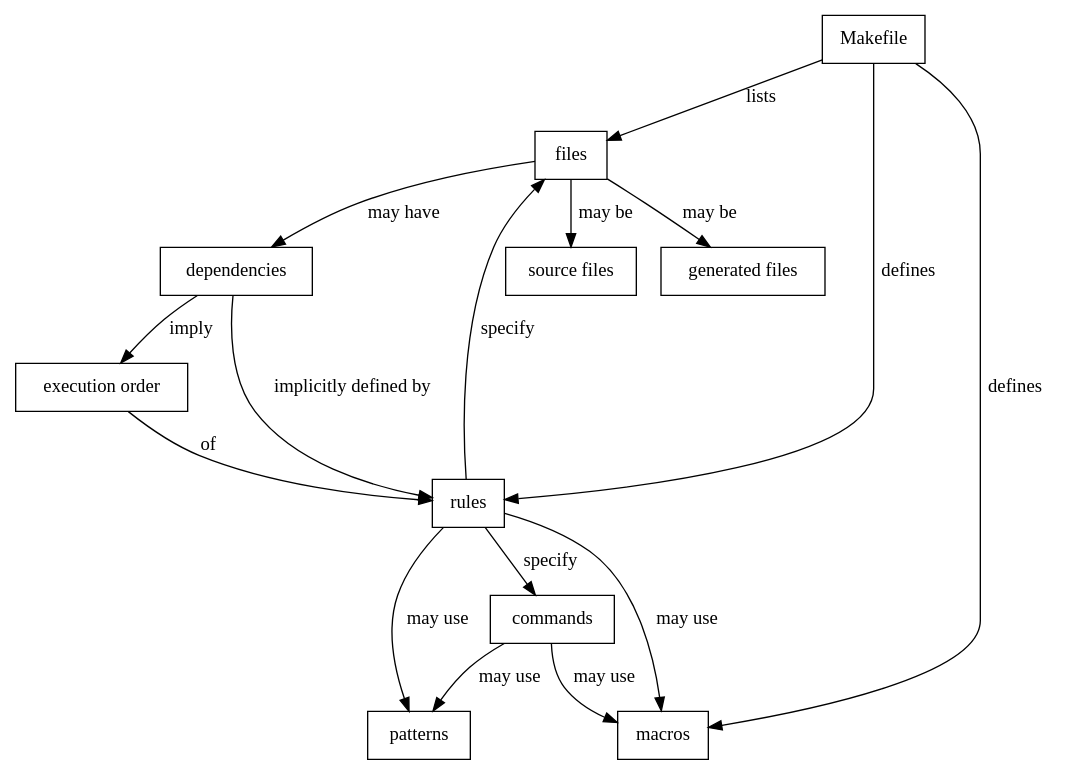
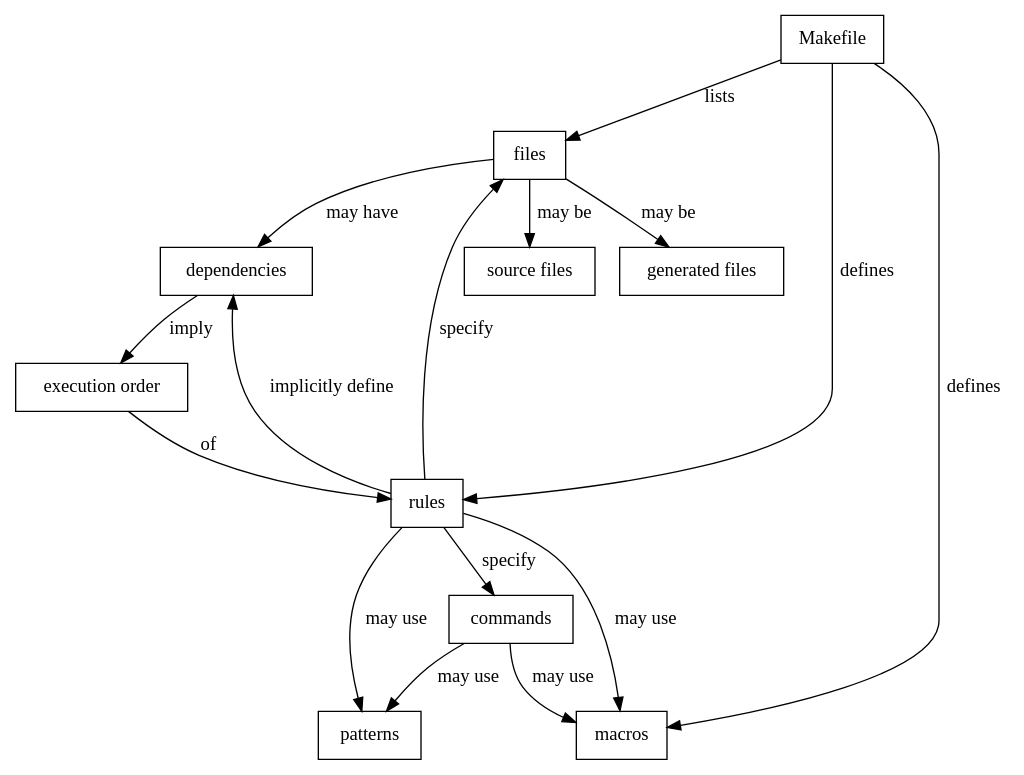
The diagram in design/concept.dot (optionalg/courses-make-for-reproducible-analysis), drawn with Graphviz before and after one commit. The commit also changed 1 other file, not shown here.

```diff
--- a/design/concept.dot
+++ b/design/concept.dot
@@ -1,29 +1,29 @@
 digraph conda_concepts {
     node [shape = rectangle];
     Makefile
     files
     dependencies
     "execution order"
     "source files"
     "generated files"
     rules
     patterns
     macros
     commands
 
     Makefile -> "files" [ label="lists" ]
     Makefile -> rules [ label="defines" ]
     Makefile -> macros [ label="defines" ]
     files -> "source files" [ label="may be" ]
     files -> "generated files" [ label="may be" ]
     files -> dependencies [ label="may have" ]
     rules -> files [ label="specify" ]
     rules -> patterns [ label="may use" ]
     rules -> macros [ label="may use" ]
     rules -> commands [ label="specify" ]
     commands -> macros [ label="may use" ]
     commands -> patterns [ label="may use" ]
     dependencies -> "execution order" [ label="imply" ]
     "execution order" -> rules [ label="of" ]
-    dependencies -> rules [ label="implicitly defined by" ]
+    rules -> dependencies [ label="implicitly define" ]
 }
```
